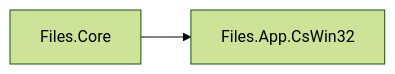
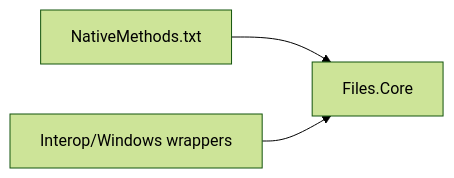
One commit to 0x5bfa/Files changed the third of 3 diagrams in docs/architecture/migration.md. Above: the diagram before and after it, drawn with Mermaid (forest theme). The commit also changed other lines of this file and 77 other files, not shown here.

Commit message:
Consolidate storage and interop in Files.Core

````diff
--- a/docs/architecture/migration.md
+++ b/docs/architecture/migration.md
@@ -53,4 +48,5 @@
 ```mermaid
 flowchart LR
-    Core["Files.Core"] --> CsWin32["Files.App.CsWin32"]
+    Input["NativeMethods.txt"] --> Core["Files.Core"]
+    Wrappers["Interop/Windows wrappers"] --> Core
 ```
````
